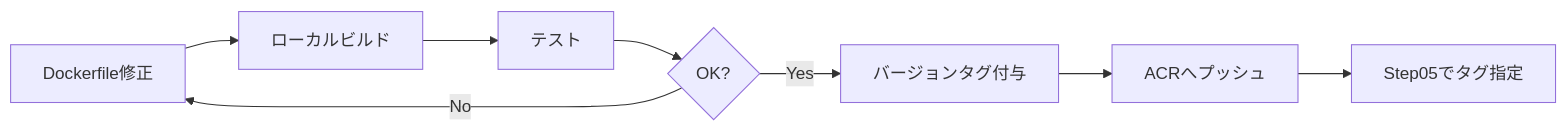
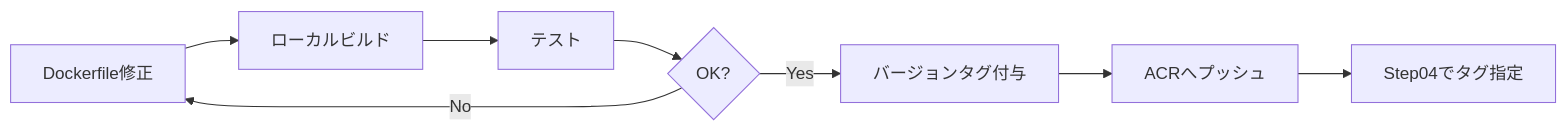
One commit to matakaha/internal_rag_Application_deployment_step_by_step changed the diagram in bicep/step01-container-registry/README.md. Above: the diagram before and after it, drawn with Mermaid. The commit also changed other lines of this file and 14 other files, not shown here.

````diff
--- a/bicep/step01-container-registry/README.md
+++ b/bicep/step01-container-registry/README.md
@@ -478,10 +478,10 @@
 ```mermaid
 graph LR
     A[Dockerfile修正] --> B[ローカルビルド]
     B --> C[テスト]
     C --> D{OK?}
     D -->|Yes| E[バージョンタグ付与]
     D -->|No| A
     E --> F[ACRへプッシュ]
-    F --> G[Step05でタグ指定]
+    F --> G[Step04でタグ指定]
 ```
````
